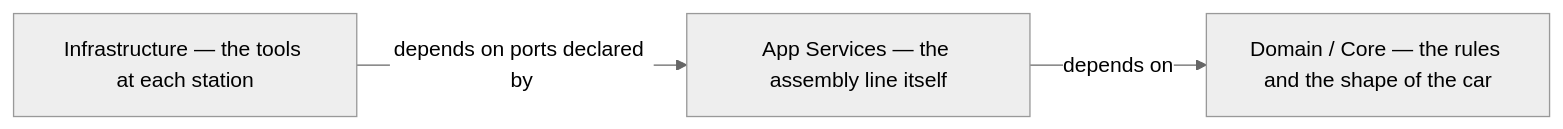
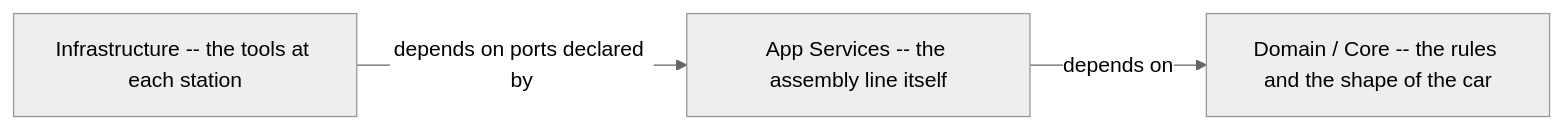
The first of 4 diagrams in docs/DESIGN.md (BinaryBand/adrift), drawn with Mermaid (neutral theme) before and after one commit. The commit also changed other lines of this file and 125 other files, not shown here.

````diff
--- a/docs/DESIGN.md
+++ b/docs/DESIGN.md
@@ -25,9 +25,9 @@
 ```mermaid
 flowchart LR
-    Dom["Domain / Core — the rules and the shape of the car"]
-    App["App Services — the assembly line itself"]
-    Inf["Infrastructure — the tools at each station"]
+    Dom["Domain / Core -- the rules and the shape of the car"]
+    App["App Services -- the assembly line itself"]
+    Inf["Infrastructure -- the tools at each station"]
 
     Inf -->|"depends on ports declared by"| App
     App -->|"depends on"| Dom
 ```
````
